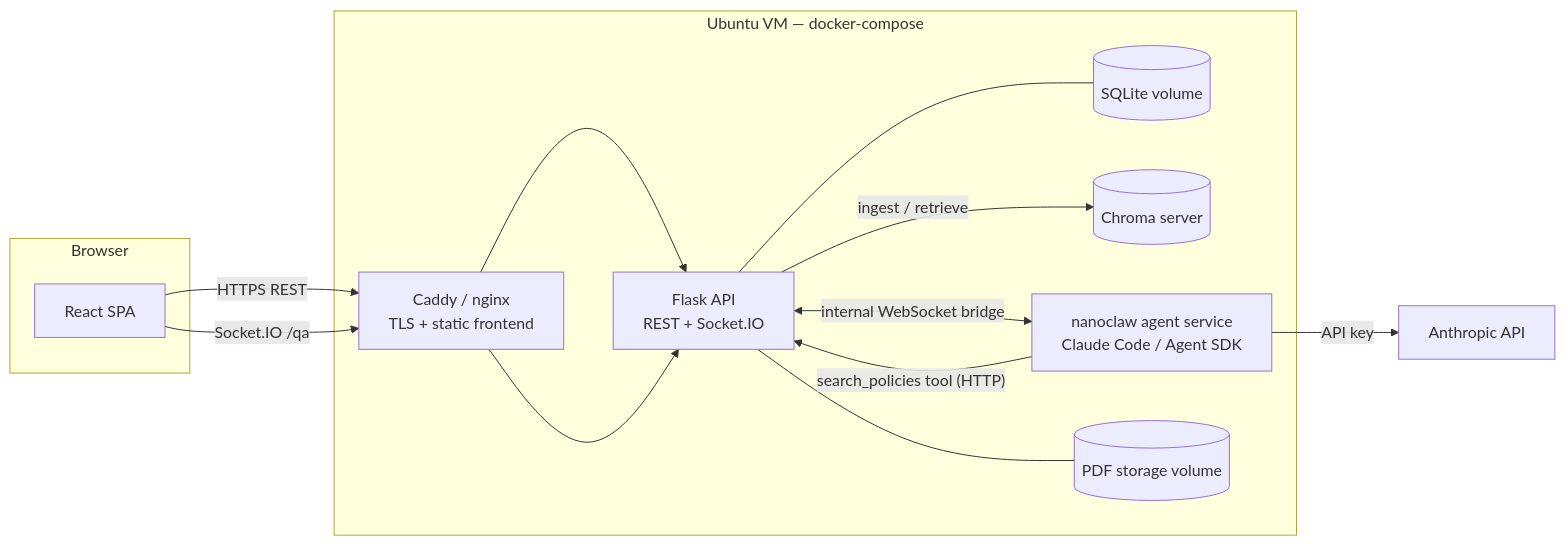
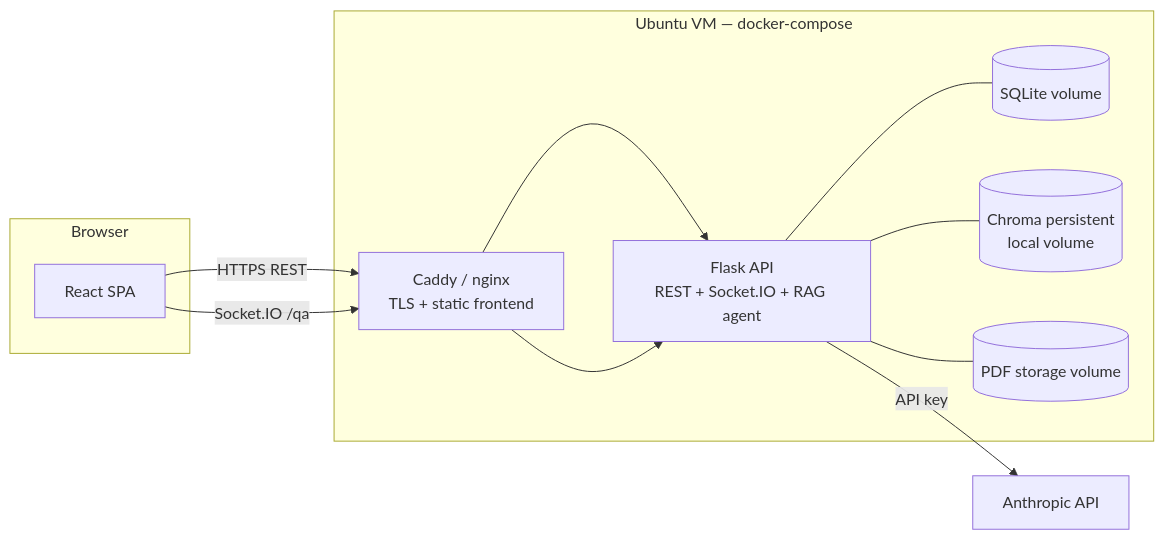
One commit to LizMiringu-1799/university-policy changed the first of 2 diagrams in docs/implementation-plan.md. Above: the diagram before and after it, drawn with Mermaid. The commit also changed other lines of this file, not shown here.

Commit message:
refactor: migrate RAG agent from external nanoclaw service to in-process anthropic SDK tool-use loop within Flask

````diff
--- a/docs/implementation-plan.md
+++ b/docs/implementation-plan.md
@@ -25,24 +27,21 @@
 ```mermaid
 flowchart LR
     subgraph Browser
         R[React SPA]
     end
     subgraph VM [Ubuntu VM — docker-compose]
         C[Caddy / nginx<br/>TLS + static frontend]
-        F[Flask API<br/>REST + Socket.IO]
+        F[Flask API<br/>REST + Socket.IO + RAG agent]
         DB[(SQLite volume)]
-        CH[(Chroma server)]
-        N[nanoclaw agent service<br/>Claude Code / Agent SDK]
+        CH[(Chroma persistent<br/>local volume)]
         P[(PDF storage volume)]
     end
     A[Anthropic API]
 
     R -- HTTPS REST --> C --> F
     R -- Socket.IO /qa --> C --> F
     F --- DB
     F --- P
-    F -- ingest / retrieve --> CH
-    F <-- internal WebSocket bridge --> N
-    N -- search_policies tool (HTTP) --> F
-    N -- API key --> A
+    F --- CH
+    F -- API key --> A
 ```
````
